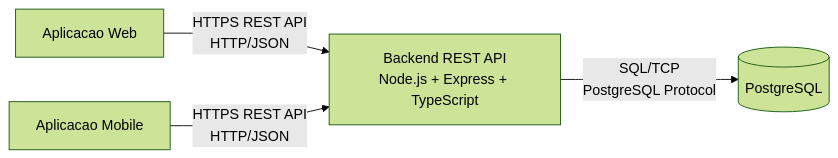
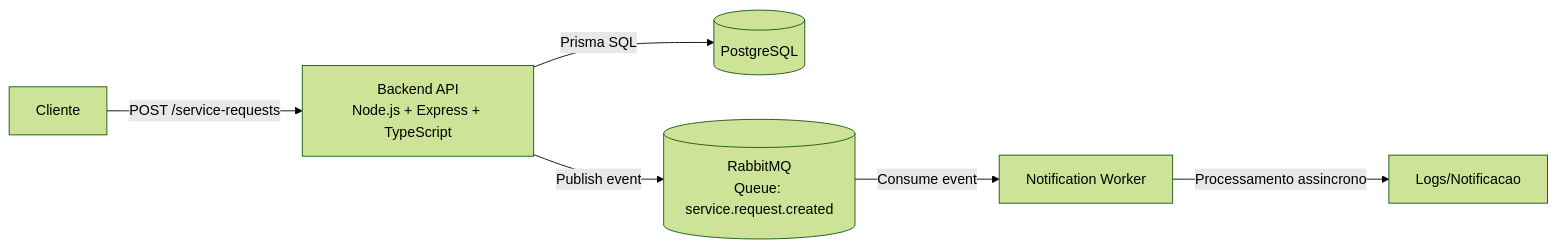
One commit to RafaellaCristinaCSS/Lab---Sprint-01 changed the diagram in projeto/docs/DIAGRAMA_ARQUITETURA.md. Above: the diagram before and after it, drawn with Mermaid (forest theme). The commit also changed other lines of this file and 7 other files, not shown here.

Commit message:
complementando diagrama

````diff
--- a/projeto/docs/DIAGRAMA_ARQUITETURA.md
+++ b/projeto/docs/DIAGRAMA_ARQUITETURA.md
@@ -3,14 +3,15 @@
 ```mermaid
 flowchart LR
-    Web[Aplicacao Web]
-    Mobile[Aplicacao Mobile]
+    C[Cliente]
+    API[Backend API\nNode.js + Express + TypeScript]
+    DB[(PostgreSQL)]
+    MQ[(RabbitMQ\nQueue: service.request.created)]
+    W[Notification Worker]
+    L[Logs/Notificacao]
 
-    API[Backend REST API<br/>Node.js + Express + TypeScript]
-
-    DB[(PostgreSQL)]
-
-    Web -->|HTTPS REST API<br/>HTTP/JSON| API
-    Mobile -->|HTTPS REST API<br/>HTTP/JSON| API
-
-    API -->|SQL/TCP<br/>PostgreSQL Protocol| DB
+    C -->|POST /service-requests| API
+    API -->|Prisma SQL| DB
+    API -->|Publish event| MQ
+    MQ -->|Consume event| W
+    W -->|Processamento assincrono| L
 ```
````
